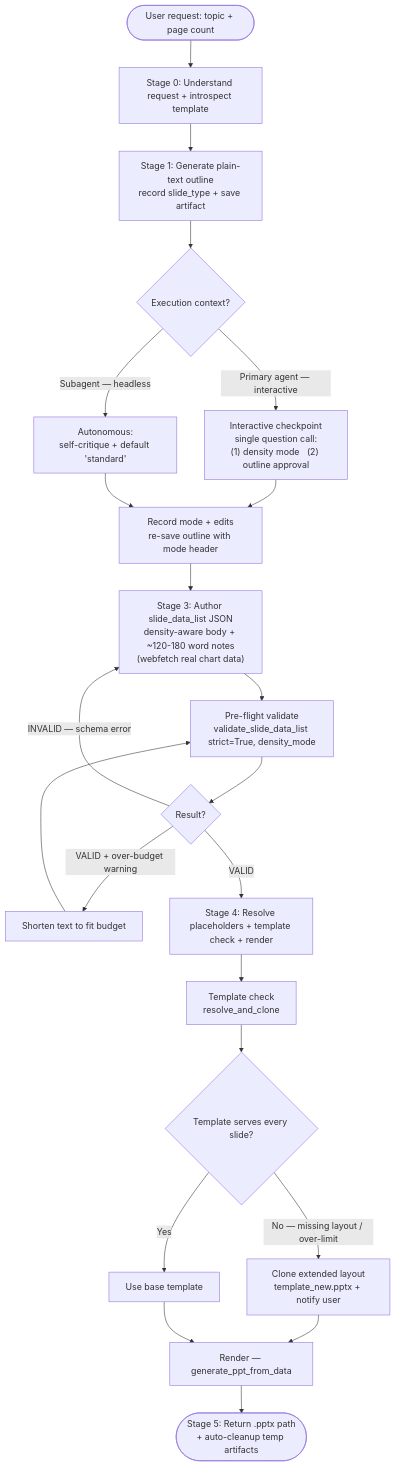
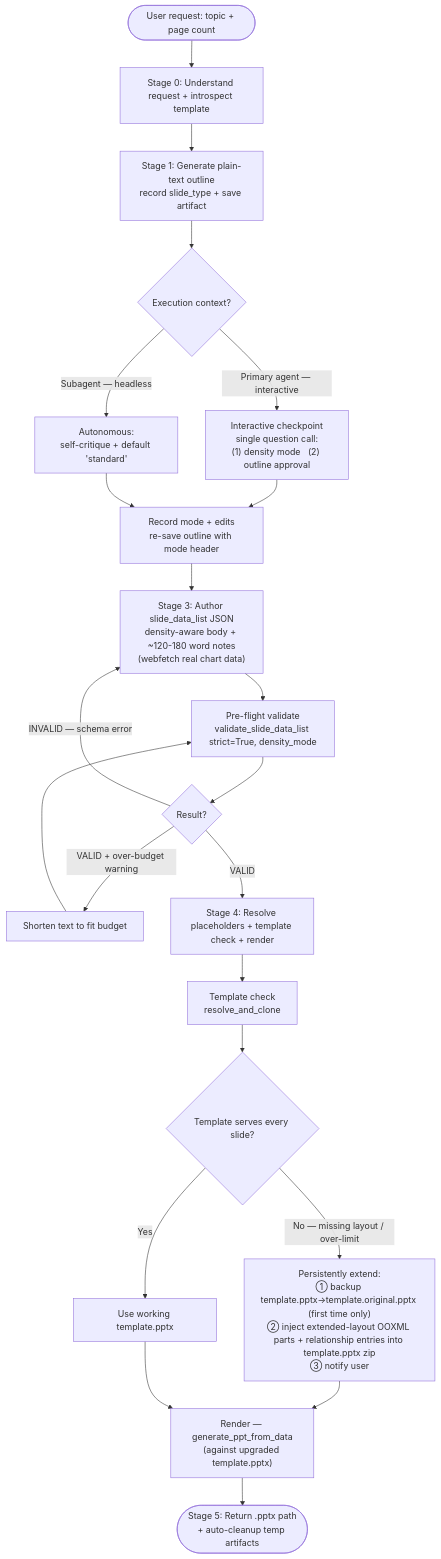
The diagram in docs/activity/activity-diagram.mmd (wcyapplemist/opencode-config-template-chenyu), drawn with Mermaid before and after one commit. The commit also changed 8 other files, not shown here.

First line of the commit message:
docs(ppt-engine): add gap analysis + requirements, document persistent template extension

```diff
--- a/docs/activity/activity-diagram.mmd
+++ b/docs/activity/activity-diagram.mmd
@@ -1,35 +1,35 @@
 %% PPTX Subagent System — Activity Diagram (Agent Stage 0-5 pipeline)
 %% Render at https://mermaid.live (paste everything below the line)
 flowchart TD
     Start([User request: topic + page count]) --> S0
 
     S0["Stage 0: Understand request + introspect template"]
     S0 --> S1
 
     S1["Stage 1: Generate plain-text outline<br/>record slide_type + save artifact"]
     S1 --> S2
 
     S2{"Execution context?"}
     S2 -->|"Primary agent — interactive"| S2i["Interactive checkpoint<br/>single question call:<br/>(1) density mode   (2) outline approval"]
     S2 -->|"Subagent — headless"| S2a["Autonomous:<br/>self-critique + default 'standard'"]
     S2i --> S2c["Record mode + edits<br/>re-save outline with mode header"]
     S2a --> S2c
     S2c --> S3
 
     S3["Stage 3: Author slide_data_list JSON<br/>density-aware body + ~120-180 word notes<br/>(webfetch real chart data)"]
     S3 --> S3v["Pre-flight validate<br/>validate_slide_data_list strict=True, density_mode"]
     S3v --> S3d{"Result?"}
     S3d -->|"INVALID — schema error"| S3
     S3d -->|"VALID + over-budget warning"| S3t["Shorten text to fit budget"] --> S3v
     S3d -->|"VALID"| S4
 
     S4["Stage 4: Resolve placeholders + template check + render"]
     S4 --> S4c["Template check<br/>resolve_and_clone"]
     S4c --> S4d{"Template serves every slide?"}
-    S4d -->|"No — missing layout / over-limit"| S4k["Clone extended layout<br/>template_new.pptx + notify user"]
-    S4d -->|"Yes"| S4b["Use base template"]
-    S4k --> S4r["Render — generate_ppt_from_data"]
+    S4d -->|"No — missing layout / over-limit"| S4k["Persistently extend:<br/>① backup template.pptx→template.original.pptx (first time only)<br/>② inject extended-layout OOXML parts + relationship entries into template.pptx zip<br/>③ notify user"]
+    S4d -->|"Yes"| S4b["Use working template.pptx"]
+    S4k --> S4r["Render — generate_ppt_from_data<br/>(against upgraded template.pptx)"]
     S4b --> S4r
     S4r --> S5
 
     S5(["Stage 5: Return .pptx path<br/>+ auto-cleanup temp artifacts"])
```
